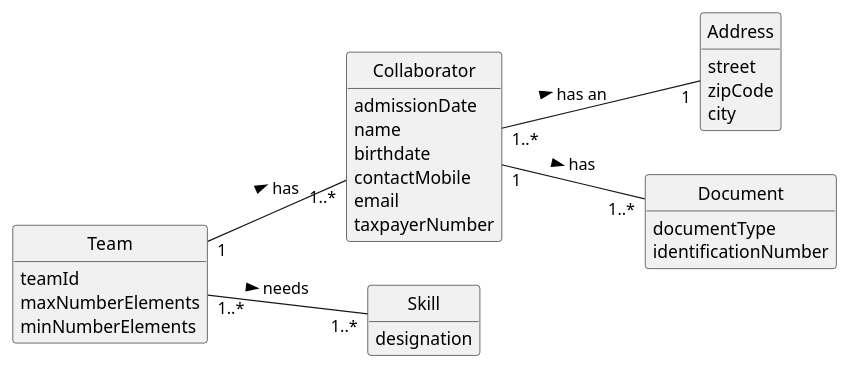
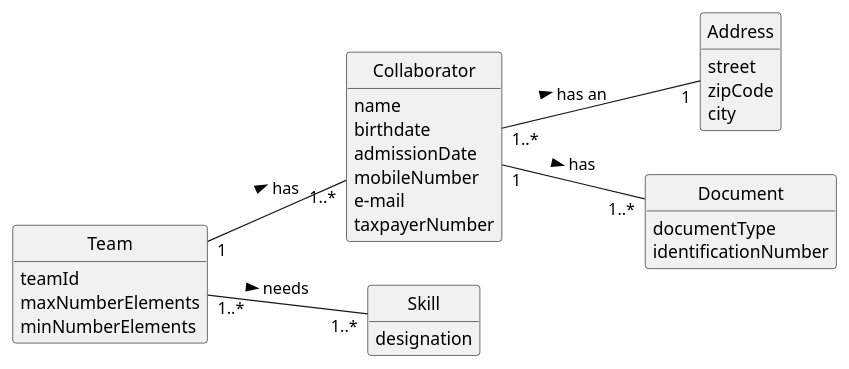
One commit to ricardomm7/leaflink changed the diagram in docs/sprintB/us005/02.analysis/puml/us005-domain-model.puml. Above: the diagram before and after it, drawn with PlantUML. The commit also changed 13 other files, not shown here.

Commit message:
LFC2-140<Correct some conceptual classes on use case diagram and correct some issues on Readme.md requirements (US001 and US008) >

```diff
--- a/docs/sprintB/us005/02.analysis/puml/us005-domain-model.puml
+++ b/docs/sprintB/us005/02.analysis/puml/us005-domain-model.puml
@@ -1,58 +1,58 @@
 @startuml
 skinparam monochrome true
 skinparam packageStyle rectangle
 skinparam shadowing false
 
 left to right direction
 
 skinparam classAttributeIconSize 0
 
 hide circle
 hide methods
 
 class Team {
     teamId
     maxNumberElements
     minNumberElements
 }
 
 class Collaborator {
-    admissionDate
     name
     birthdate
-    contactMobile
-    email
+    admissionDate
+    mobileNumber
+    e-mail
     taxpayerNumber
 }
 
 class Skill{
     designation
 }
 
 
 'class Person {
 '    name
  '   birthdate
  '   contactMobile
  '   email
 '    taxpayerNumber
 '}
 
 class Address{
     street
     zipCode
     city
 }
 
 class Document{
     documentType
     identificationNumber
 }
 
 Collaborator "1..*" -- "1" Address: has an >
 Collaborator "1" -- "1..*"  Document: has >
 Team "1" -- "1..*" Collaborator : has >
 Team "1..*" -- "1..*" Skill: needs >
 
 
 @enduml
```
